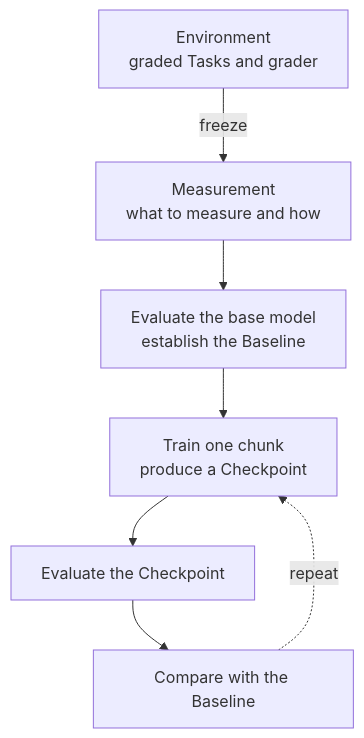
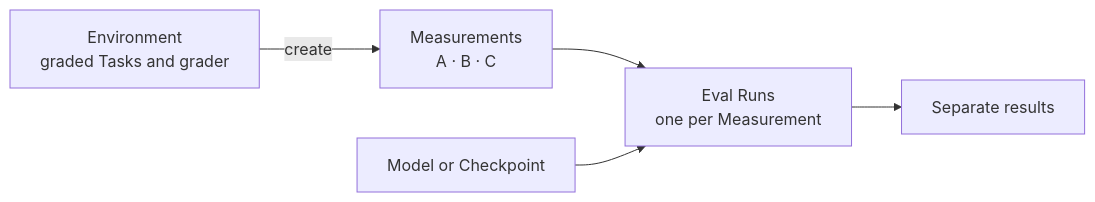
Before and after one commit to Monte-Inc/internal-monte-platform-docs: the diagram in index.mdx, drawn with Mermaid. The commit also changed other lines of this file, not shown here.

Commit message:
docs: show multiple measurements in introduction

````diff
--- a/index.mdx
+++ b/index.mdx
@@ -24,16 +24,13 @@
 ```mermaid actions={false}
-flowchart TD
+flowchart LR
     ENV["Environment<br/>graded Tasks and grader"]
-    M["Measurement<br/>what to measure and how"]
-    B["Evaluate the base model<br/>establish the Baseline"]
-    T["Train one chunk<br/>produce a Checkpoint"]
-    E["Evaluate the Checkpoint"]
-    D["Compare with the Baseline"]
+    M["Measurements<br/>A · B · C"]
+    MODEL["Model or Checkpoint"]
+    E["Eval Runs<br/>one per Measurement"]
+    R["Separate results"]
 
-    ENV -->|"freeze"| M
-    M --> B
-    B --> T
-    T --> E
-    E --> D
-    D -. "repeat" .-> T
+    ENV -->|"create"| M
+    M --> E
+    MODEL --> E
+    E --> R
 ```
````
